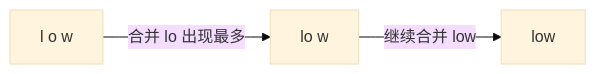
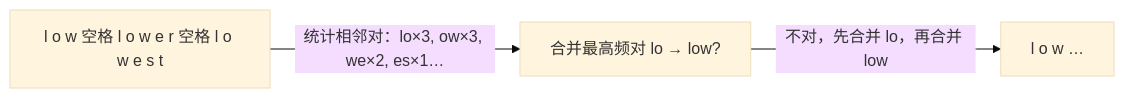
The second of 2 diagrams in docs/tutorials/02_Tokenizer.md (emmmdty/llm-lifecycle-lab), drawn with Mermaid (base theme) before and after one commit. The commit also changed other lines of this file and 3 other files, not shown here.

````diff
--- a/docs/tutorials/02_Tokenizer.md
+++ b/docs/tutorials/02_Tokenizer.md
@@ -73,5 +87,5 @@
 ```mermaid
 flowchart LR
-    A["l o w"] -->|合并 lo 出现最多| B["lo w"]
-    B -->|继续合并 low| C["low"]
+    A["l o w 空格 l o w e r 空格 l o w e s t"] -->|"统计相邻对：lo×3, ow×3, we×2, es×1…"| B
+    B["合并最高频对 lo → low?"] -->|"不对，先合并 lo，再合并 low"| C["l o w …"]
 ```
````
